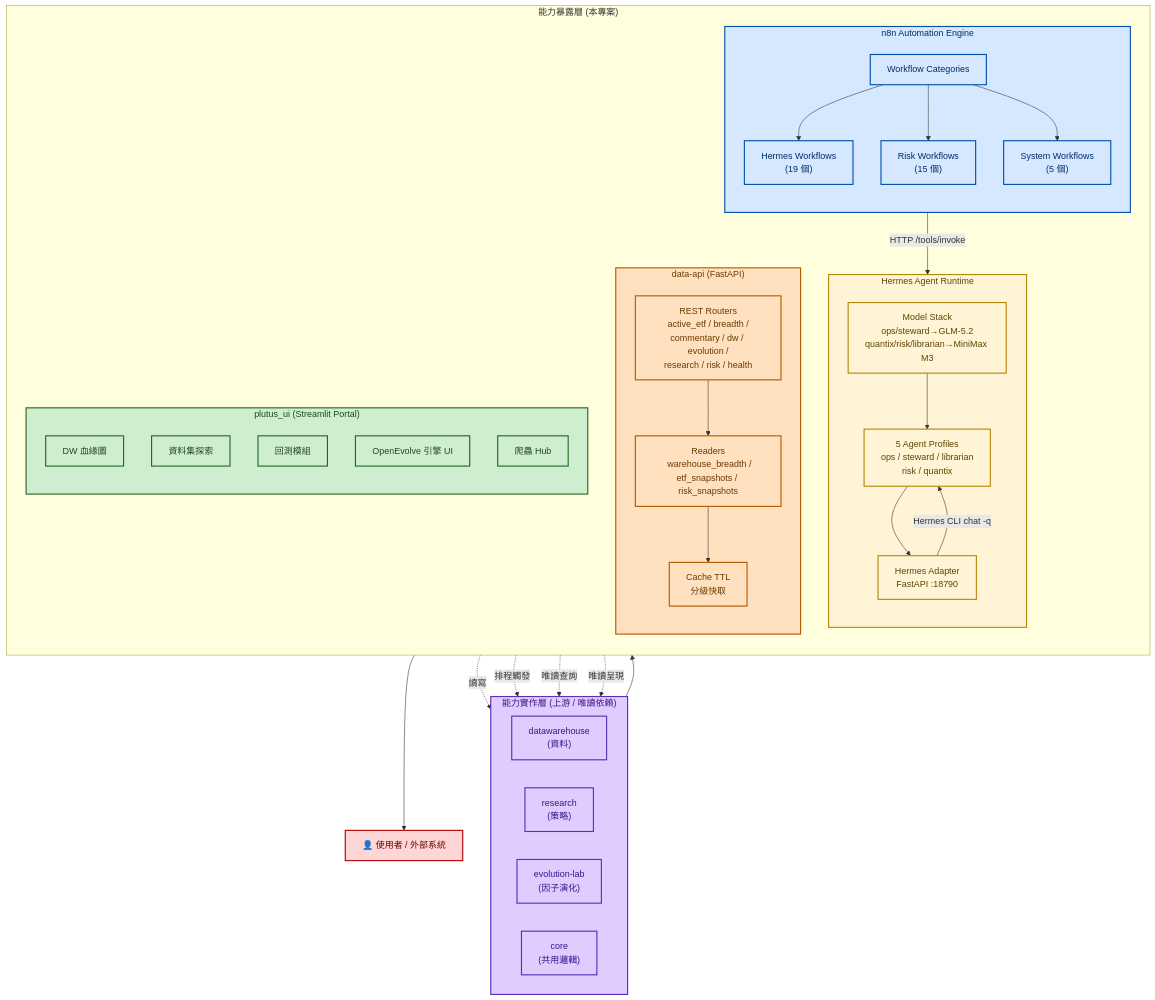
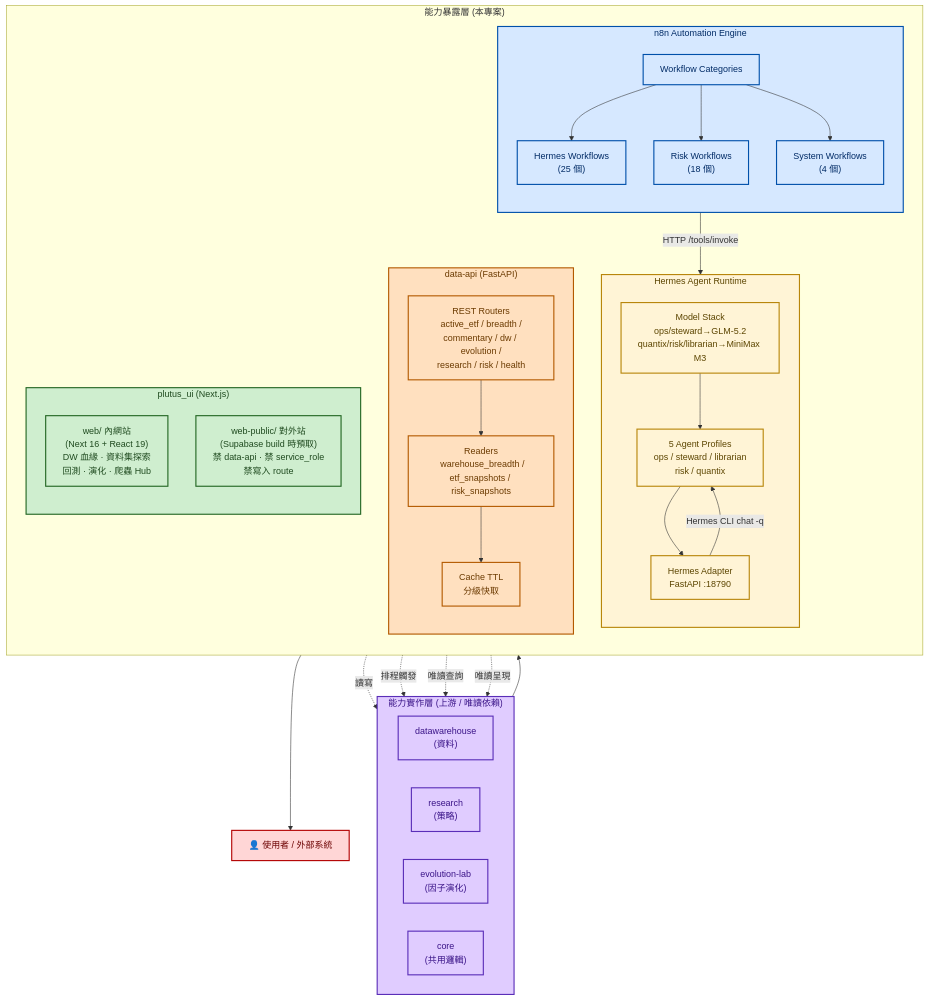
Before and after one commit to Jang-jhih/quant-interview-prep: the second of 6 diagrams in flowcharts/services.md, drawn with Mermaid. The commit also changed other lines of this file and 18 other files, not shown here.

````diff
--- a/flowcharts/services.md
+++ b/flowcharts/services.md
@@ -30,73 +65,70 @@
 ```mermaid
 %%{init: {'theme':'base', 'themeVariables': {'primaryColor':'#ececec','primaryTextColor':'#1a1a1a','primaryBorderColor':'#555555','lineColor':'#555555','secondaryColor':'#e0e0e0','tertiaryColor':'#f0f0f0','fontFamily':'"Noto Sans TC", "Microsoft JhengHei", sans-serif'}}}%%
 flowchart TD
     subgraph UPSTREAM["能力實作層 (上游 / 唯讀依賴)"]
         direction LR
         U1["datawarehouse<br/>(資料)"]
         U2["research<br/>(策略)"]
         U3["evolution-lab<br/>(因子演化)"]
         U4["core<br/>(共用邏輯)"]
     end
 
     UPSTREAM --> EXPOSE
 
     subgraph EXPOSE["能力暴露層 (本專案)"]
         direction TB
 
         subgraph HERMES["Hermes Agent Runtime"]
             direction TB
             H1["5 Agent Profiles<br/>ops / steward / librarian<br/>risk / quantix"]
             H2["Hermes Adapter<br/>FastAPI :18790"]
             H3["Model Stack<br/>ops/steward→GLM-5.2<br/>quantix/risk/librarian→MiniMax M3"]
             H1 --> H2
             H3 --> H1
         end
 
         subgraph N8N["n8n Automation Engine"]
             direction TB
             N1["Workflow Categories"]
-            N1 --> N2["Hermes Workflows<br/>(19 個)"]
-            N1 --> N3["Risk Workflows<br/>(15 個)"]
-            N1 --> N4["System Workflows<br/>(5 個)"]
+            N1 --> N2["Hermes Workflows<br/>(25 個)"]
+            N1 --> N3["Risk Workflows<br/>(18 個)"]
+            N1 --> N4["System Workflows<br/>(4 個)"]
         end
 
         subgraph DATAAPI["data-api (FastAPI)"]
             direction TB
             DA1["REST Routers<br/>active_etf / breadth /<br/>commentary / dw / evolution /<br/>research / risk / health"]
             DA2["Readers<br/> warehouse_breadth /<br/>etf_snapshots / risk_snapshots"]
             DA3["Cache TTL<br/>分級快取"]
             DA1 --> DA2 --> DA3
         end
 
-        subgraph UI["plutus_ui (Streamlit Portal)"]
+        subgraph UI["plutus_ui (Next.js)"]
             direction TB
-            UI1["DW 血緣圖"]
-            UI2["資料集探索"]
-            UI3["回測模組"]
-            UI4["OpenEvolve 引擎 UI"]
-            UI5["爬蟲 Hub"]
+            UI1["web/ 內網站<br/>(Next 16 + React 19)<br/>DW 血緣 · 資料集探索<br/>回測 · 演化 · 爬蟲 Hub"]
+            UI2["web-public/ 對外站<br/>(Supabase build 時預取)<br/>禁 data-api · 禁 service_role<br/>禁寫入 route"]
         end
     end
 
     N8N -- "HTTP /tools/invoke" --> H2
     H2 -- "Hermes CLI chat -q" --> H1
     H1 -.讀寫.-> UPSTREAM
     N8N -.排程觸發.-> UPSTREAM
     DATAAPI -.唯讀查詢.-> U1
     UI -.唯讀呈現.-> UPSTREAM
 
     EXPOSE --> CONSUMER["👤 使用者 / 外部系統"]
 
     classDef highlight fill:#fff4d6,stroke:#b8860b,stroke-width:2px,color:#5c4500;
     classDef loop fill:#d6e8ff,stroke:#0050aa,stroke-width:2px,color:#002b66;
     classDef eval fill:#ffd6d6,stroke:#b30000,stroke-width:2px,color:#6b0000;
     classDef finlab fill:#cfeecf,stroke:#226622,stroke-width:2px,color:#1f4a1f;
     classDef baseline fill:#e0ccff,stroke:#5a2eb8,stroke-width:2px,color:#3a1488;
     classDef branch fill:#ffe0bf,stroke:#b35a00,stroke-width:2px,color:#6b3a00;
     class UPSTREAM,U1,U2,U3,U4 baseline;
     class HERMES,H1,H2,H3 highlight;
     class N8N,N1,N2,N3,N4 loop;
     class DATAAPI,DA1,DA2,DA3 branch;
-    class UI,UI1,UI2,UI3,UI4,UI5 finlab;
+    class UI,UI1,UI2 finlab;
     class CONSUMER eval;
 ```
````
